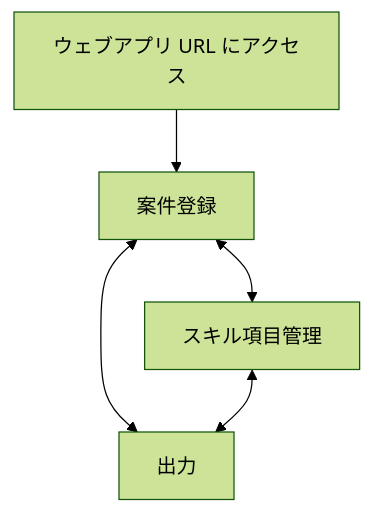
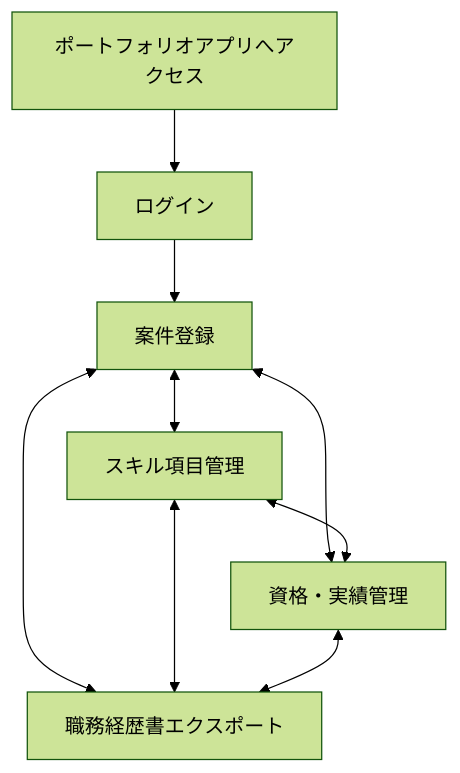
One commit to Seiya-Nakagawa/Portfolio changed the third of 4 diagrams in docs/02.design/DESIGN.md. Above: the diagram before and after it, drawn with Mermaid (forest theme). The commit also changed other lines of this file and 2 other files, not shown here.

````diff
--- a/docs/02.design/DESIGN.md
+++ b/docs/02.design/DESIGN.md
@@ -247,7 +272,11 @@
 ```mermaid
 flowchart TD
-    Start["ウェブアプリ URL にアクセス"] --> Project["案件登録"]
+    Start["ポートフォリオアプリへアクセス"] --> Login["ログイン"]
+    Login --> Project["案件登録"]
     Project <--> Skill["スキル項目管理"]
-    Project <--> Output["出力"]
+    Project <--> CertWork["資格・実績管理"]
+    Project <--> Output["職務経歴書エクスポート"]
+    Skill <--> CertWork
     Skill <--> Output
+    CertWork <--> Output
 ```
````
